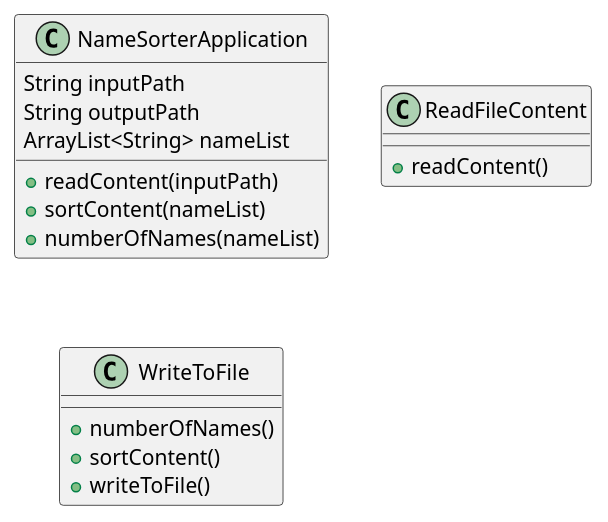
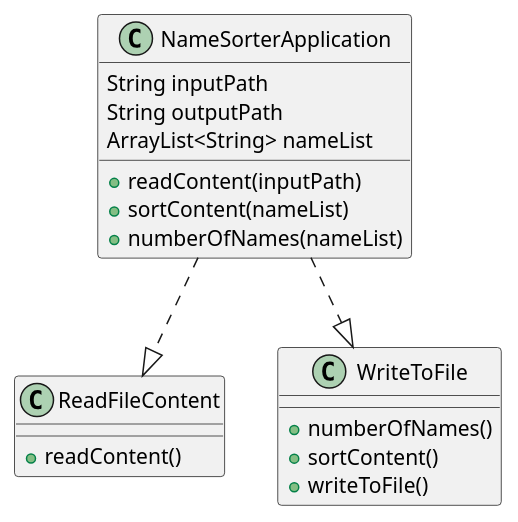
Before and after one commit to mredelis/COP3330-OOP-AS3-Summer21: the diagram in diagrams/Solution41.puml, drawn with PlantUML. The commit also changed 5 other files, not shown here.

Commit message:
Updated diagrams

```diff
--- a/diagrams/Solution41.puml
+++ b/diagrams/Solution41.puml
@@ -1,23 +1,26 @@
 @startuml
 
 class NameSorterApplication{
 
     String inputPath
     String outputPath
     ArrayList<String> nameList
 
     + readContent(inputPath)
     + sortContent(nameList)
     + numberOfNames(nameList)
 }
 
+NameSorterApplication ..|> ReadFileContent
+NameSorterApplication ..|> WriteToFile
+
 class ReadFileContent{
     + readContent()
 }
 
 class WriteToFile{
     + numberOfNames()
     + sortContent()
     + writeToFile()
 }
 @enduml
```
